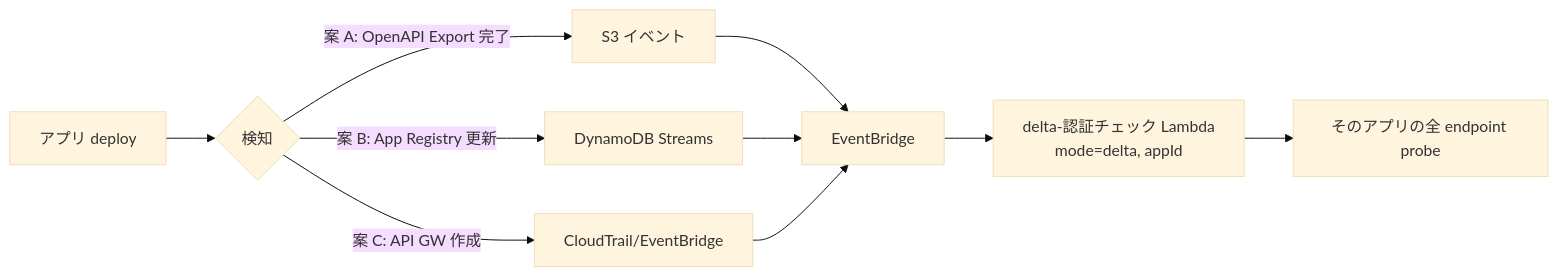
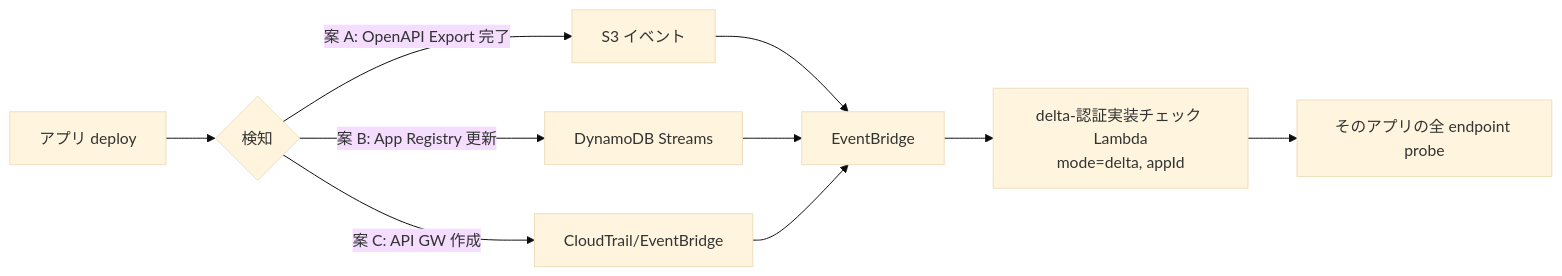
One commit to suepie/aws-atuh-poc changed the second of 2 diagrams in doc/api-platform/basic-design/18-scan-modes-and-scheduling.md. Above: the diagram before and after it, drawn with Mermaid (base theme). The commit also changed other lines of this file and 27 other files, not shown here.

````diff
--- a/doc/api-platform/basic-design/18-scan-modes-and-scheduling.md
+++ b/doc/api-platform/basic-design/18-scan-modes-and-scheduling.md
@@ -66,10 +66,10 @@
 ```mermaid
 flowchart LR
     Dep[アプリ deploy] --> Ev{検知}
     Ev -->|案 A: OpenAPI Export 完了| S3E[S3 イベント]
     Ev -->|案 B: App Registry 更新| DDBS[DynamoDB Streams]
     Ev -->|案 C: API GW 作成| CT[CloudTrail/EventBridge]
     S3E & DDBS & CT --> EB[EventBridge]
-    EB --> L[delta-認証チェック Lambda<br/>mode=delta, appId]
+    EB --> L[delta-認証実装チェック Lambda<br/>mode=delta, appId]
     L --> P[そのアプリの全 endpoint probe]
 ```
````
